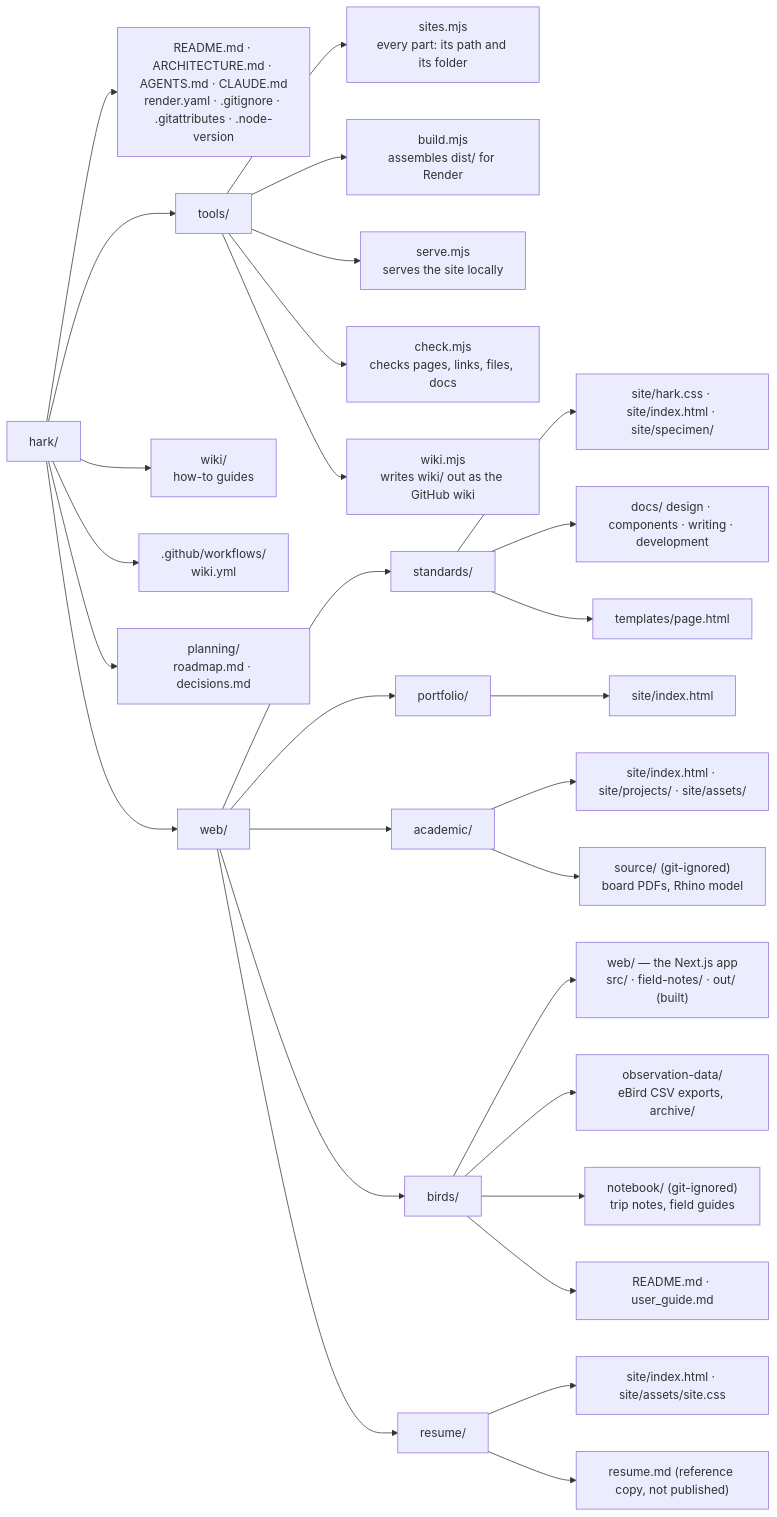
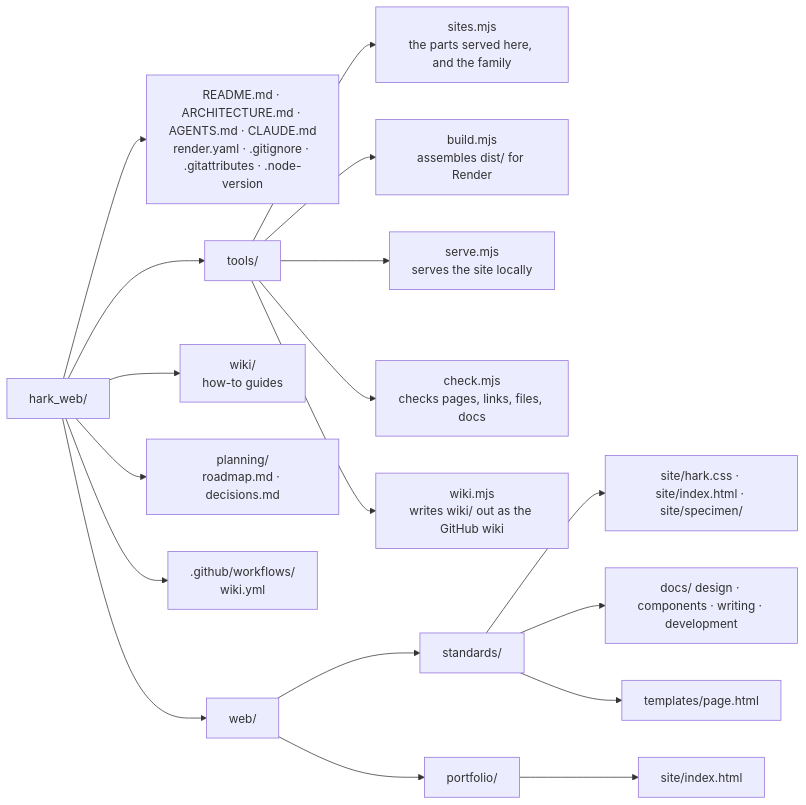
The second of 6 diagrams in ARCHITECTURE.md (felipeharker/hark), drawn with Mermaid before and after one commit. The commit also changed other lines of this file and 111 other files, not shown here.

First line of the commit message:
hark_web: the portfolio and the standard; academic, birding and resume move out

````diff
--- a/ARCHITECTURE.md
+++ b/ARCHITECTURE.md
@@ -55,39 +55,25 @@
 ```mermaid
 flowchart LR
-  root["hark/"]
+  root["hark_web/"]
   root --> rootfiles["README.md · ARCHITECTURE.md · AGENTS.md · CLAUDE.md<br/>render.yaml · .gitignore · .gitattributes · .node-version"]
   root --> tools["tools/"]
   root --> wiki["wiki/<br/>how-to guides"]
+  root --> planning["planning/<br/>roadmap.md · decisions.md"]
   root --> workflows[".github/workflows/<br/>wiki.yml"]
-  root --> planning["planning/<br/>roadmap.md · decisions.md"]
   root --> web["web/"]
 
-  tools --> t1["sites.mjs<br/>every part: its path and its folder"]
+  tools --> t1["sites.mjs<br/>the parts served here, and the family"]
   tools --> t2["build.mjs<br/>assembles dist/ for Render"]
   tools --> t3["serve.mjs<br/>serves the site locally"]
   tools --> t4["check.mjs<br/>checks pages, links, files, docs"]
   tools --> t5["wiki.mjs<br/>writes wiki/ out as the GitHub wiki"]
 
   web --> s["standards/"]
   web --> p["portfolio/"]
-  web --> a["academic/"]
-  web --> b["birds/"]
-  web --> r["resume/"]
 
   s --> s1["site/hark.css · site/index.html · site/specimen/"]
   s --> s2["docs/ design · components · writing · development"]
   s --> s3["templates/page.html"]
 
   p --> p1["site/index.html"]
-
-  a --> a1["site/index.html · site/projects/ · site/assets/"]
-  a --> a2["source/ (git-ignored)<br/>board PDFs, Rhino model"]
-
-  b --> b1["web/ — the Next.js app<br/>src/ · field-notes/ · out/ (built)"]
-  b --> b2["observation-data/<br/>eBird CSV exports, archive/"]
-  b --> b3["notebook/ (git-ignored)<br/>trip notes, field guides"]
-  b --> b4["README.md · user_guide.md"]
-
-  r --> r1["site/index.html · site/assets/site.css"]
-  r --> r2["resume.md (reference copy, not published)"]
 ```
````
